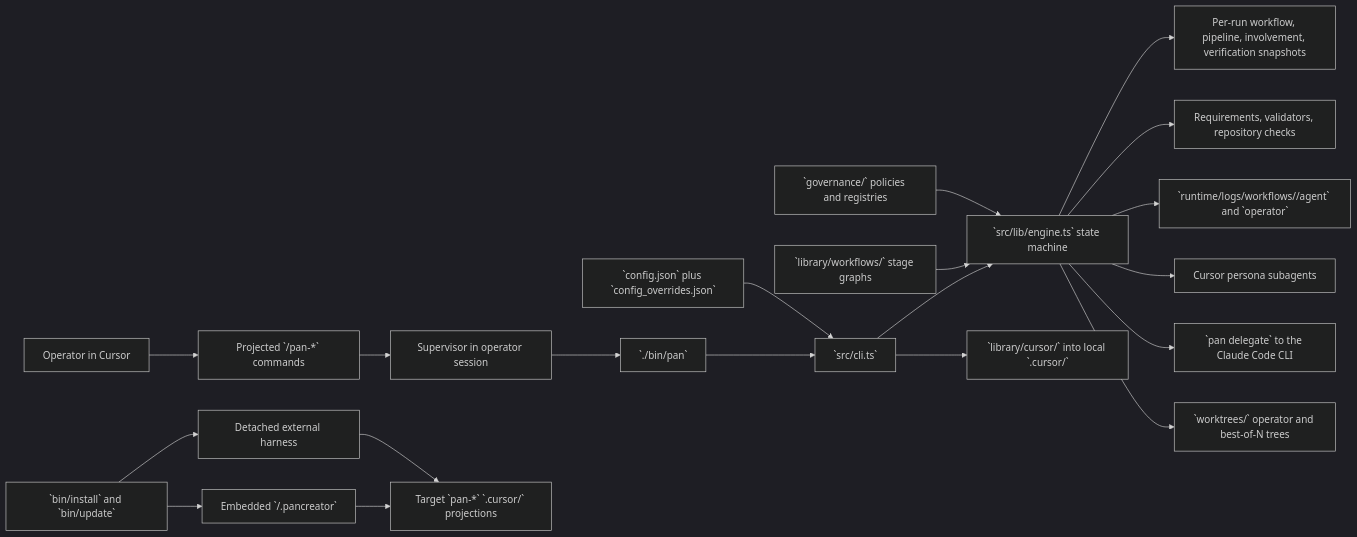
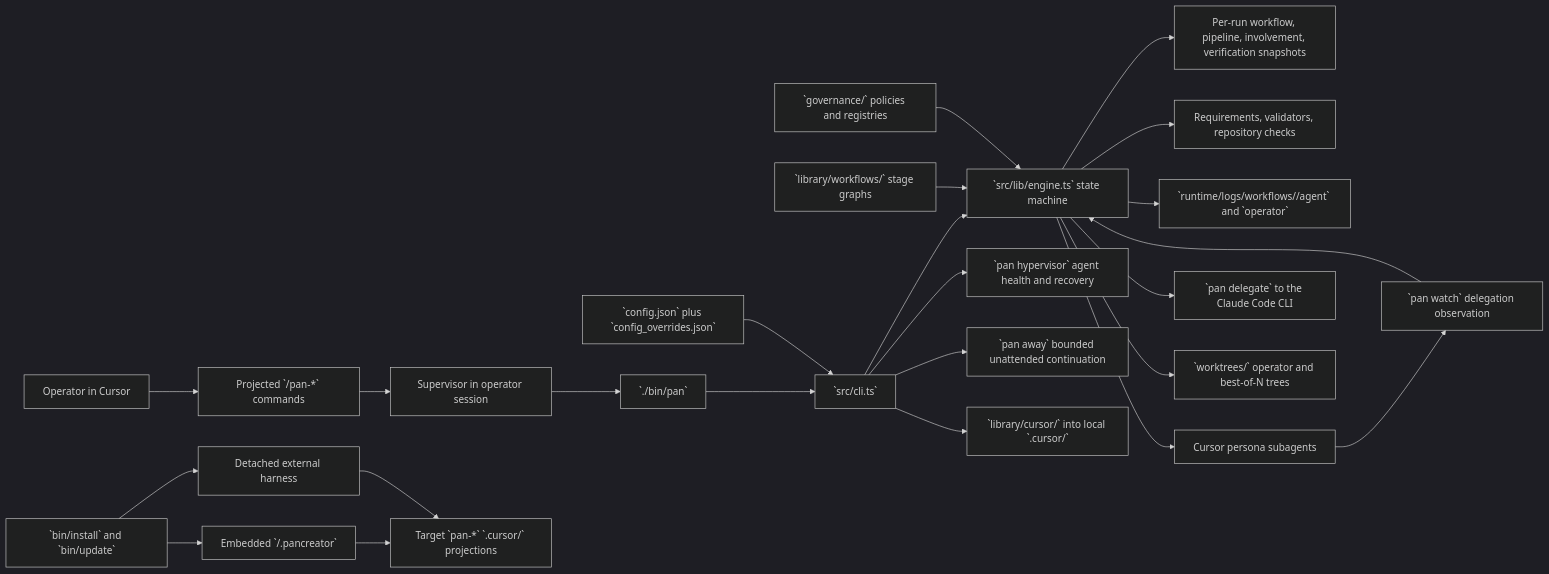
One commit to alenlukic/pancreator changed the diagram in docs/target-repo-primer.md. Above: the diagram before and after it, drawn with Mermaid (dark theme). The commit also changed other lines of this file, not shown here.

````diff
--- a/docs/target-repo-primer.md
+++ b/docs/target-repo-primer.md
@@ -61,22 +68,26 @@
 ```mermaid
 flowchart LR
   Operator[Operator in Cursor] --> Commands[Projected `/pan-*` commands]
   Commands --> Supervisor[Supervisor in operator session]
   Supervisor --> Pan[`./bin/pan`]
   Pan --> CLI[`src/cli.ts`]
   CLI --> Engine[`src/lib/engine.ts` state machine]
   Config[`config.json` plus `config_overrides.json`] --> CLI
   Workflows[`library/workflows/` stage graphs] --> Engine
   Governance[`governance/` policies and registries] --> Engine
   Engine --> Snapshots[Per-run workflow, pipeline, involvement, verification snapshots]
   Engine --> Requirements[Requirements, validators, repository checks]
   Engine --> Runtime[`runtime/logs/workflows/<run-id>/agent` and `operator`]
   Engine --> CursorWorkers[Cursor persona subagents]
   Engine --> External[`pan delegate` to the Claude Code CLI]
+  CursorWorkers --> Watch[`pan watch` delegation observation]
+  Watch --> Engine
+  CLI --> Hypervisor[`pan hypervisor` agent health and recovery]
+  CLI --> Away[`pan away` bounded unattended continuation]
   Engine --> Worktrees[`worktrees/` operator and best-of-N trees]
   CLI --> Projection[`library/cursor/` into local `.cursor/`]
   Installer[`bin/install` and `bin/update`] --> Embedded[Embedded `<target>/.pancreator`]
   Installer --> Detached[Detached external harness]
   Embedded --> TargetCursor[Target `pan-*` `.cursor/` projections]
   Detached --> TargetCursor
 ```
````
